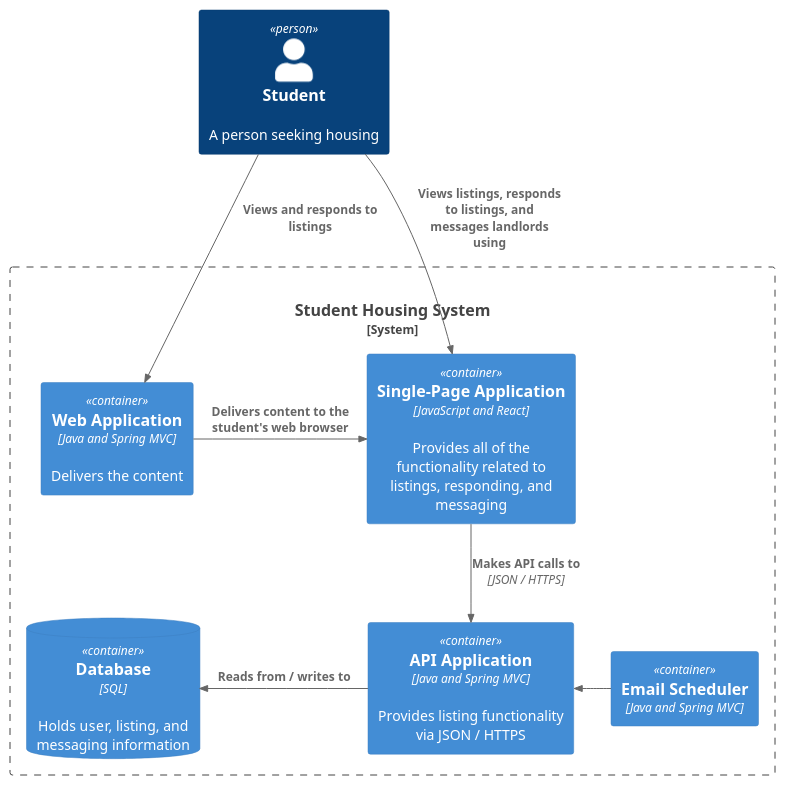
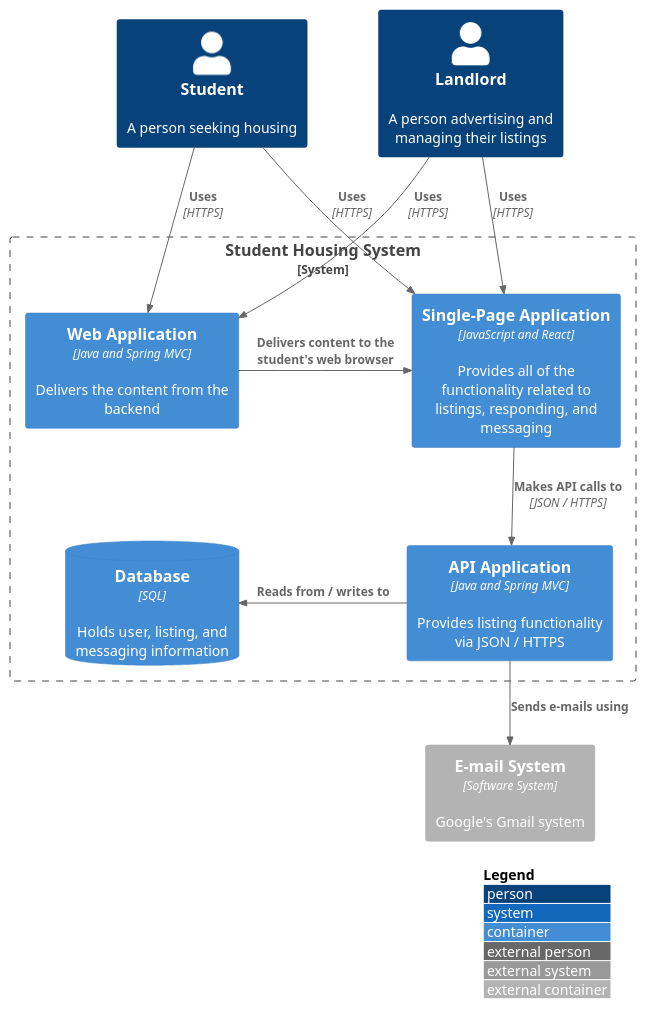
One commit to lex-kort/s3-roomies-backend changed the diagram in docs/uml-diagrams/c2-diagram.puml. Above: the diagram before and after it, drawn with PlantUML. The commit also changed 3 other files, not shown here.

Commit message:
Update C4 diagrams

```diff
--- a/docs/uml-diagrams/c2-diagram.puml
+++ b/docs/uml-diagrams/c2-diagram.puml
@@ -1,23 +1,30 @@
 @startuml "C2 Diagram"
 !include https://raw.githubusercontent.com/plantuml-stdlib/C4-PlantUML/master/C4_Container.puml
+
+LAYOUT_WITH_LEGEND()
 
 AddRelTag("dashedLine", $lineStyle=DashedLine())
 
 Person(student, "Student", "A person seeking housing")
+Person(landlord, "Landlord", "A person advertising and managing their listings")
 
 System_Boundary(c2,  "Student Housing System", "Software System"){
-    Container(web_app, "Web Application", "Java and Spring MVC", "Delivers the content")
+    Container(web_app, "Web Application", "Java and Spring MVC", "Delivers the content from the backend") 
     Container(sp_app, "Single-Page Application", "JavaScript and React", "Provides all of the functionality related to listings, responding, and messaging")
     Container(api_app, "API Application", "Java and Spring MVC", "Provides listing functionality via JSON / HTTPS")
     ContainerDb(db, "Database", "SQL", "Holds user, listing, and messaging information")
-    Container(email_service, "Email Scheduler", "Java and Spring MVC")
 }
 
+Container_Ext(mail_serv, "E-mail System", "Software System", "Google's Gmail system")
 
-Rel(student, web_app, "Views and responds to listings")
+Rel(student, web_app, "Uses", "HTTPS") /'Visits studenthousing.com using'/
+Rel(student, sp_app, "Uses", "HTTPS") /'Views listings, responds to listings, and messages landlords using'/
+
+Rel(landlord, web_app, "Uses", "HTTPS") /'Visits studenthousing.com using'/
+Rel(landlord, sp_app, "Uses", "HTTPS") /'Views listings, responds to listings, and messages landlords using'/
+
 Rel_R(web_app, sp_app, "Delivers content to the student's web browser")
-Rel(student, sp_app, "Views listings, responds to listings, and messages landlords using")
 Rel(sp_app, api_app, "Makes API calls to", "JSON / HTTPS")
 Rel_L(api_app, db, "Reads from / writes to")
-Rel_L(email_service, api_app, "")
+Rel(api_app, mail_serv, "Sends e-mails using")
 @enduml
```
